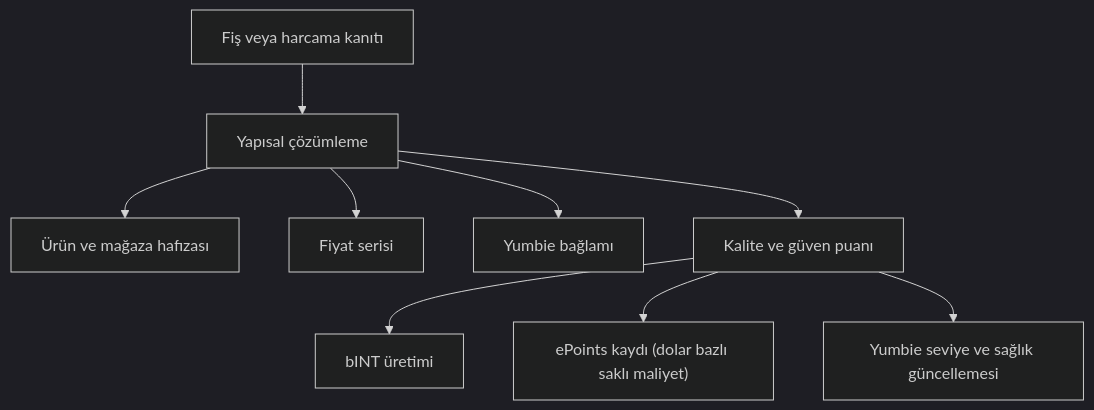
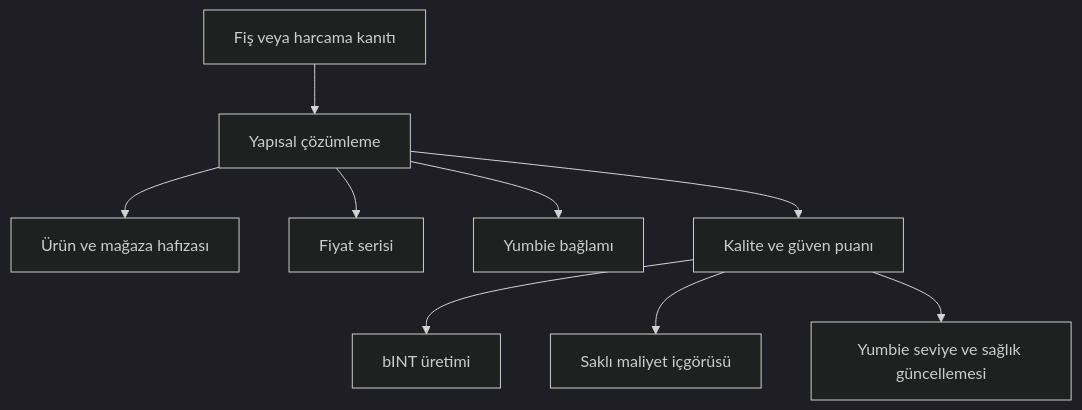
Before and after one commit to Yumo-Yumo-Inc/yumoyumohq: the diagram in content/whitepaper/tr/proof-of-expense-and-price-memory.md, drawn with Mermaid (dark theme). The commit also changed other lines of this file and 1048 other files, not shown here.

````diff
--- a/content/whitepaper/tr/proof-of-expense-and-price-memory.md
+++ b/content/whitepaper/tr/proof-of-expense-and-price-memory.md
@@ -9,11 +9,11 @@
 ```mermaid
 flowchart TD
     A["Fiş veya harcama kanıtı"] --> B["Yapısal çözümleme"]
     B --> C["Ürün ve mağaza hafızası"]
     B --> D["Fiyat serisi"]
     B --> E["Yumbie bağlamı"]
     B --> F["Kalite ve güven puanı"]
     F --> G["bINT üretimi"]
-    F --> H["ePoints kaydı (dolar bazlı saklı maliyet)"]
+    F --> H["Saklı maliyet içgörüsü"]
     F --> I["Yumbie seviye ve sağlık güncellemesi"]
 ```
````
